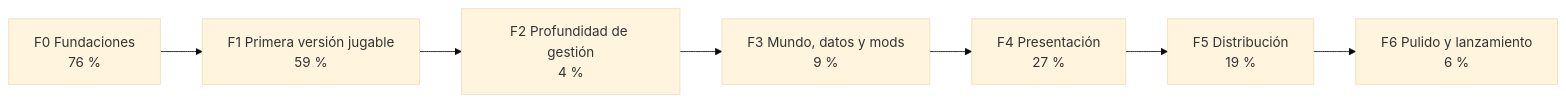
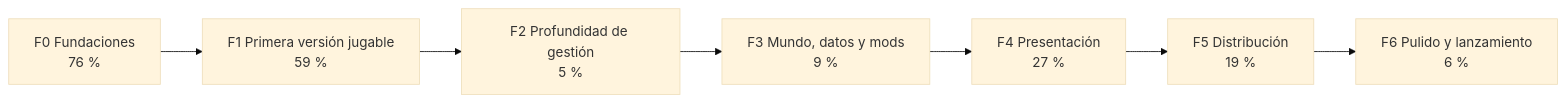
One commit to dariogea/BM27 changed the first of 2 diagrams in README.md. Above: the diagram before and after it, drawn with Mermaid (base theme). The commit also changed other lines of this file and 15 other files, not shown here.

````diff
--- a/README.md
+++ b/README.md
@@ -91,11 +91,11 @@
 ```mermaid
 flowchart LR
   F0["F0 Fundaciones<br/>76 %"]
   F1["F1 Primera versión jugable<br/>59 %"]
-  F2["F2 Profundidad de gestión<br/>4 %"]
+  F2["F2 Profundidad de gestión<br/>5 %"]
   F3["F3 Mundo, datos y mods<br/>9 %"]
   F4["F4 Presentación<br/>27 %"]
   F5["F5 Distribución<br/>19 %"]
   F6["F6 Pulido y lanzamiento<br/>6 %"]
   F0 --> F1 --> F2 --> F3 --> F4 --> F5 --> F6
 ```
````
